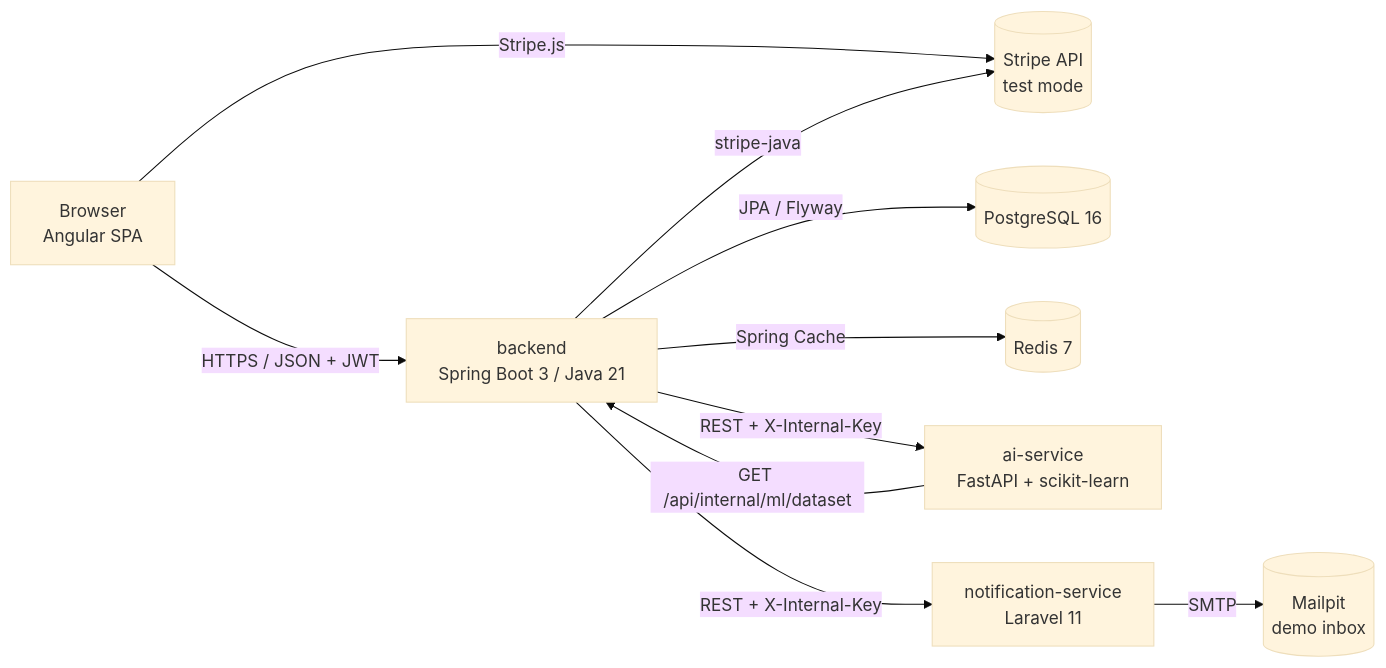
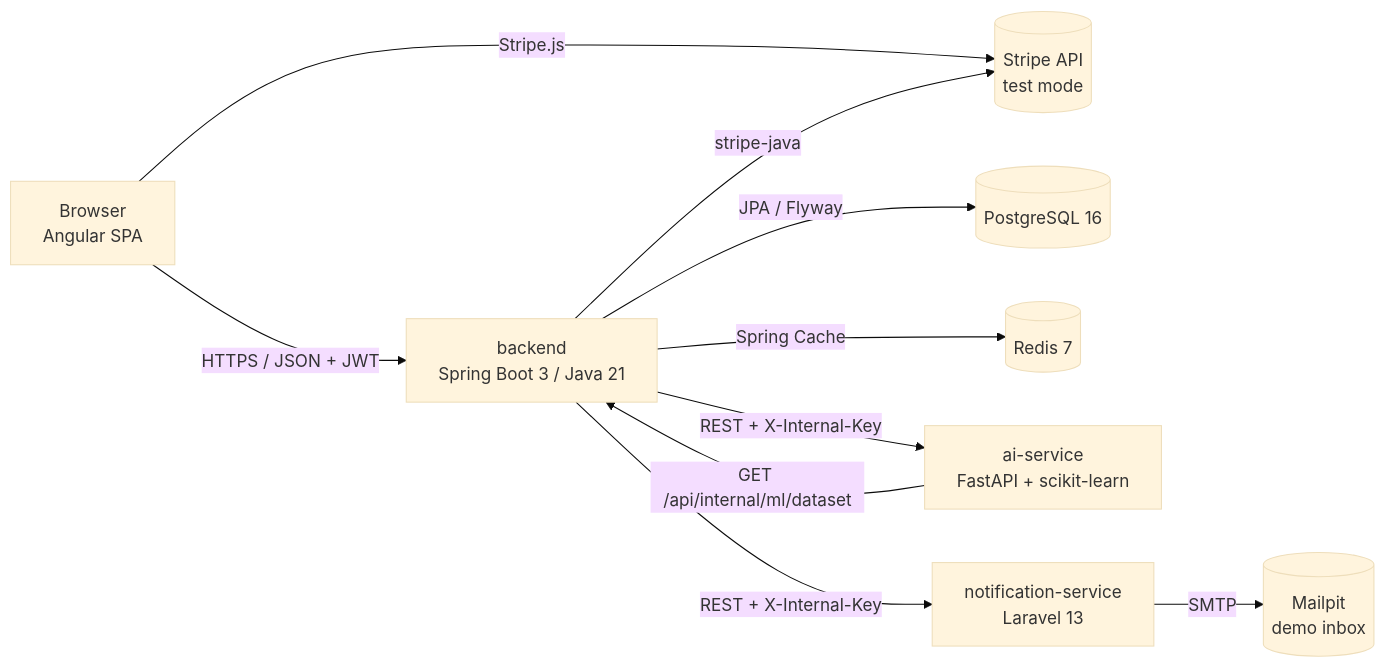
One commit to Mouradnourti/markethub changed the first of 2 diagrams in docs/architecture.md. Above: the diagram before and after it, drawn with Mermaid (base theme). The commit also changed other lines of this file and 92 other files, not shown here.

````diff
--- a/docs/architecture.md
+++ b/docs/architecture.md
@@ -9,12 +9,12 @@
 ```mermaid
 flowchart LR
     U[Browser<br/>Angular SPA] -->|HTTPS / JSON + JWT| API[backend<br/>Spring Boot 3 / Java 21]
     U -->|Stripe.js| STRIPE[(Stripe API<br/>test mode)]
     API -->|JPA / Flyway| PG[(PostgreSQL 16)]
     API -->|Spring Cache| R[(Redis 7)]
     API -->|REST + X-Internal-Key| AI[ai-service<br/>FastAPI + scikit-learn]
-    API -->|REST + X-Internal-Key| NS[notification-service<br/>Laravel 11]
+    API -->|REST + X-Internal-Key| NS[notification-service<br/>Laravel 13]
     API -->|stripe-java| STRIPE
     AI -->|GET /api/internal/ml/dataset| API
     NS -->|SMTP| MAIL[(Mailpit<br/>demo inbox)]
 ```
````
